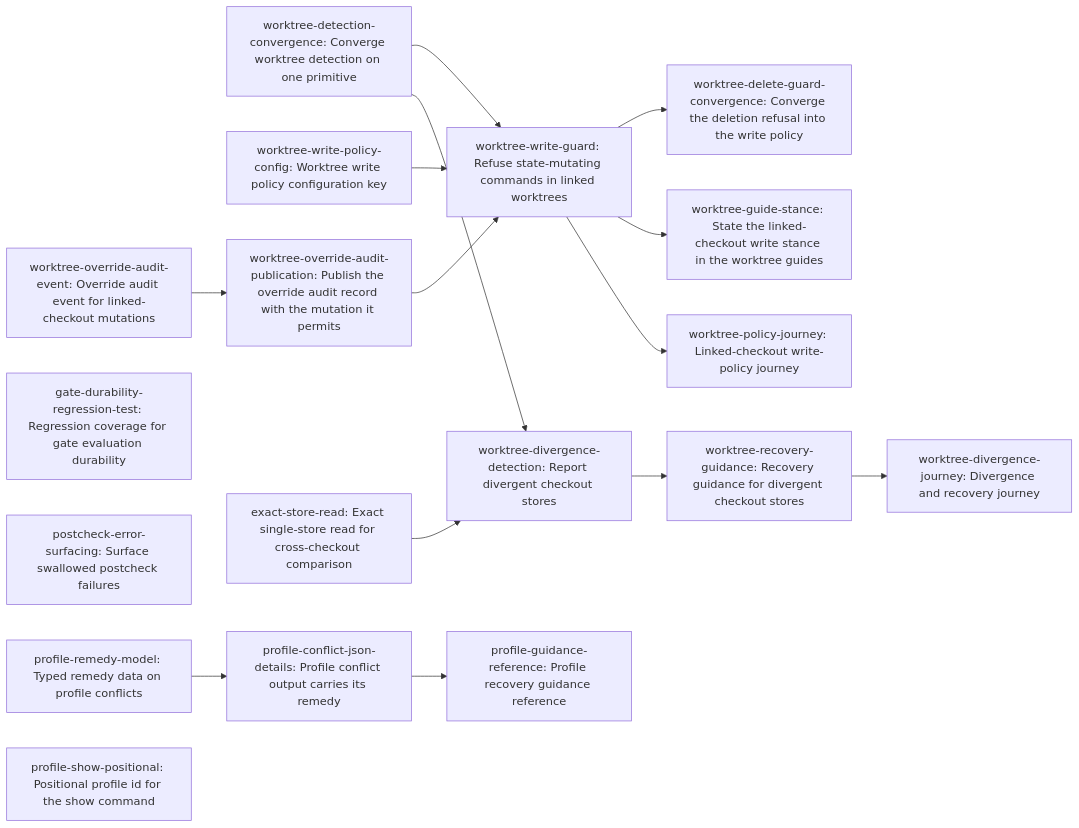
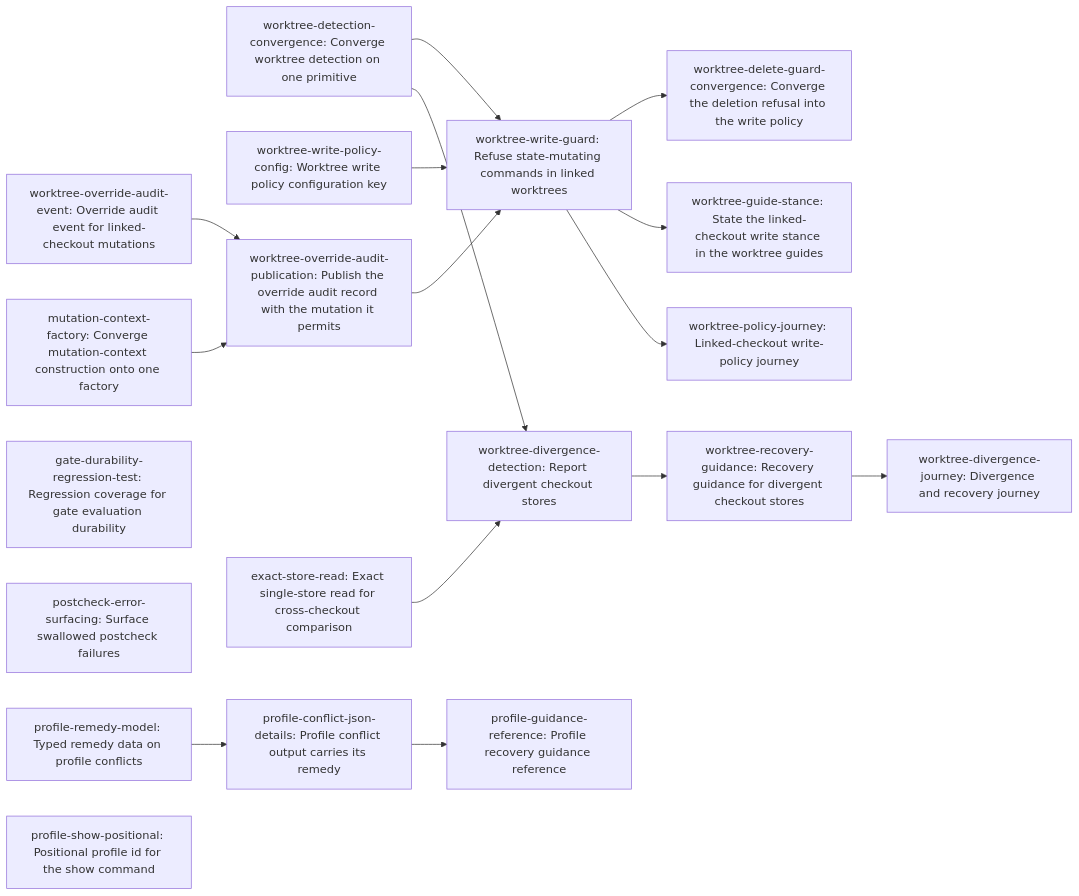
One commit to erankavija/just-in-time changed the diagram in dev/active/4a559332-gf2-adopter-reliability/plan.md. Above: the diagram before and after it, drawn with Mermaid. The commit also changed other lines of this file and 1 other file, not shown here.

Commit message:
docs(jit:629c3d73): converge context construction for the override carrier

````diff
--- a/dev/active/4a559332-gf2-adopter-reliability/plan.md
+++ b/dev/active/4a559332-gf2-adopter-reliability/plan.md
@@ -117,34 +130,36 @@
 ```mermaid
 flowchart LR
     N0["worktree-detection-convergence: Converge worktree detection on one primitive"]
     N1["worktree-write-policy-config: Worktree write policy configuration key"]
-    N2["worktree-override-audit-event: Override audit event for linked-checkout mutations"]
-    N3["worktree-override-audit-publication: Publish the override audit record with the mutation it permits"]
-    N4["worktree-write-guard: Refuse state-mutating commands in linked worktrees"]
-    N5["exact-store-read: Exact single-store read for cross-checkout comparison"]
-    N6["worktree-divergence-detection: Report divergent checkout stores"]
-    N7["worktree-delete-guard-convergence: Converge the deletion refusal into the write policy"]
-    N8["worktree-guide-stance: State the linked-checkout write stance in the worktree guides"]
-    N9["worktree-recovery-guidance: Recovery guidance for divergent checkout stores"]
-    N10["gate-durability-regression-test: Regression coverage for gate evaluation durability"]
-    N11["postcheck-error-surfacing: Surface swallowed postcheck failures"]
-    N12["profile-remedy-model: Typed remedy data on profile conflicts"]
-    N13["profile-conflict-json-details: Profile conflict output carries its remedy"]
-    N14["profile-guidance-reference: Profile recovery guidance reference"]
-    N15["profile-show-positional: Positional profile id for the show command"]
-    N16["worktree-policy-journey: Linked-checkout write-policy journey"]
-    N17["worktree-divergence-journey: Divergence and recovery journey"]
-    N2 --> N3
-    N0 --> N4
-    N1 --> N4
+    N2["mutation-context-factory: Converge mutation-context construction onto one factory"]
+    N3["worktree-override-audit-event: Override audit event for linked-checkout mutations"]
+    N4["worktree-override-audit-publication: Publish the override audit record with the mutation it permits"]
+    N5["worktree-write-guard: Refuse state-mutating commands in linked worktrees"]
+    N6["exact-store-read: Exact single-store read for cross-checkout comparison"]
+    N7["worktree-divergence-detection: Report divergent checkout stores"]
+    N8["worktree-delete-guard-convergence: Converge the deletion refusal into the write policy"]
+    N9["worktree-guide-stance: State the linked-checkout write stance in the worktree guides"]
+    N10["worktree-recovery-guidance: Recovery guidance for divergent checkout stores"]
+    N11["gate-durability-regression-test: Regression coverage for gate evaluation durability"]
+    N12["postcheck-error-surfacing: Surface swallowed postcheck failures"]
+    N13["profile-remedy-model: Typed remedy data on profile conflicts"]
+    N14["profile-conflict-json-details: Profile conflict output carries its remedy"]
+    N15["profile-guidance-reference: Profile recovery guidance reference"]
+    N16["profile-show-positional: Positional profile id for the show command"]
+    N17["worktree-policy-journey: Linked-checkout write-policy journey"]
+    N18["worktree-divergence-journey: Divergence and recovery journey"]
     N3 --> N4
-    N0 --> N6
-    N5 --> N6
-    N4 --> N7
-    N4 --> N8
-    N6 --> N9
-    N12 --> N13
+    N2 --> N4
+    N0 --> N5
+    N1 --> N5
+    N4 --> N5
+    N0 --> N7
+    N6 --> N7
+    N5 --> N8
+    N5 --> N9
+    N7 --> N10
     N13 --> N14
-    N4 --> N16
-    N9 --> N17
+    N14 --> N15
+    N5 --> N17
+    N10 --> N18
 ```
````
